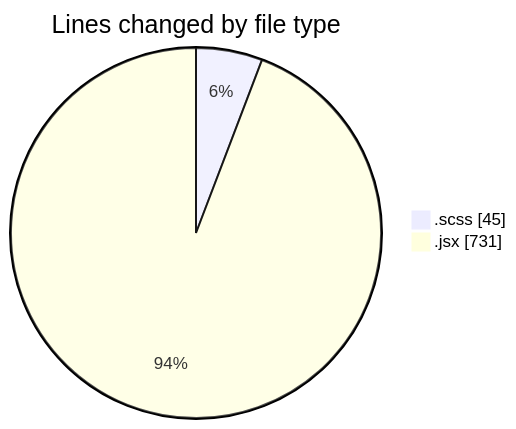
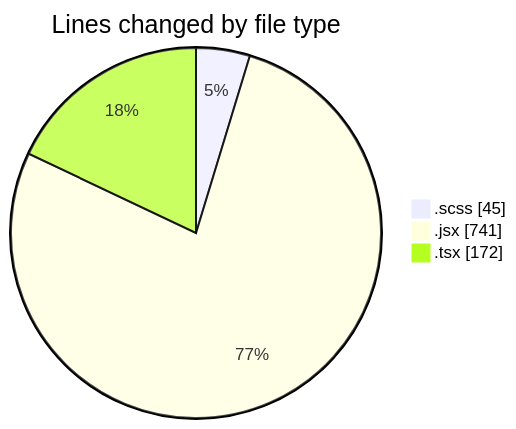
One commit to momahboobian/code-tracking changed the first of 2 diagrams in 2025-06-03/cda/README.md. Above: the diagram before and after it, drawn with Mermaid. The commit also changed other lines of this file and 1 other file, not shown here.

````diff
--- a/2025-06-03/cda/README.md
+++ b/2025-06-03/cda/README.md
@@ -22,6 +23,7 @@
 ```mermaid
 pie showData
 title Lines changed by file type
 ".scss" : 45
-".jsx" : 731
+".jsx" : 741
+".tsx" : 172
 ```
````
